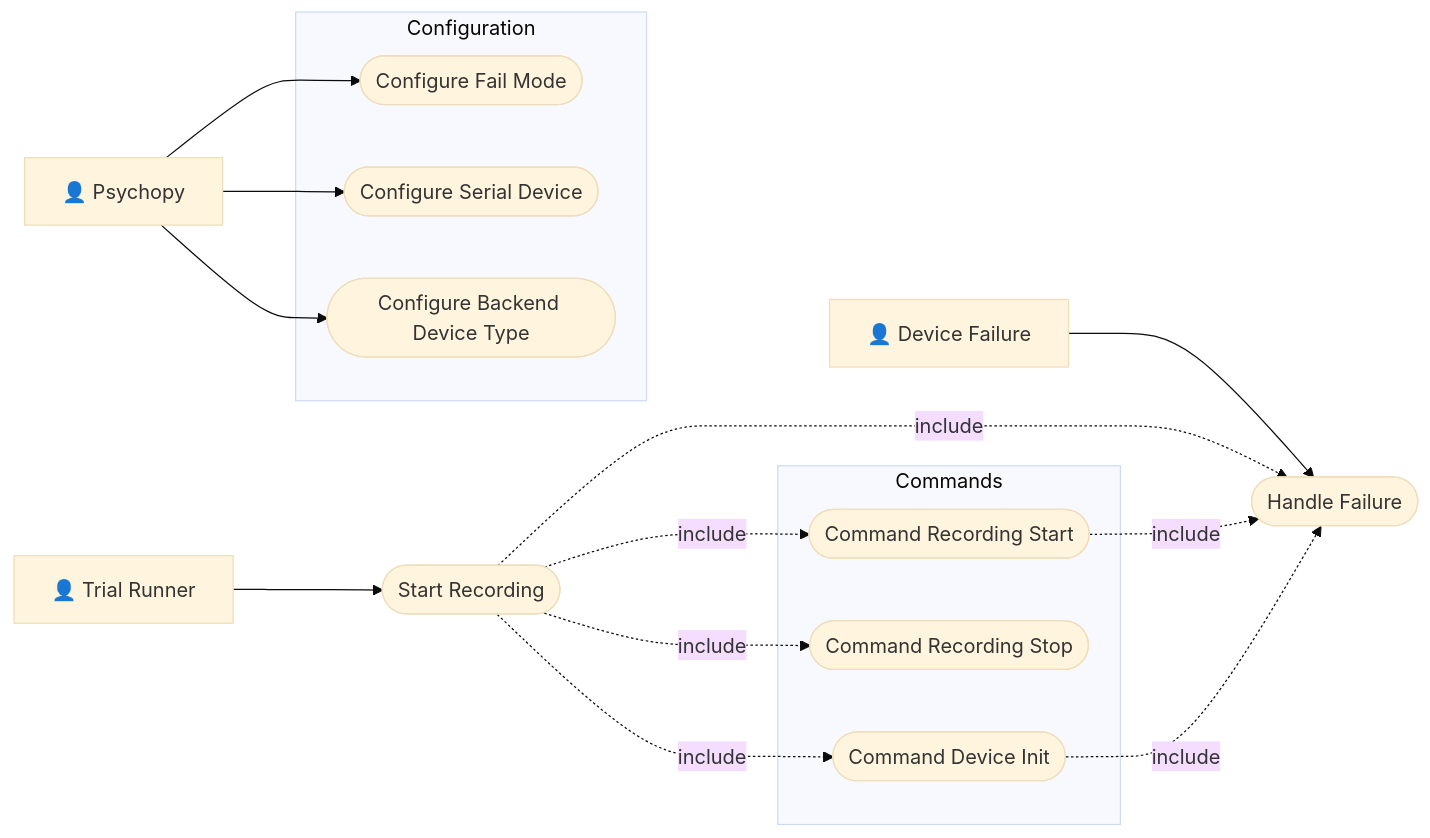
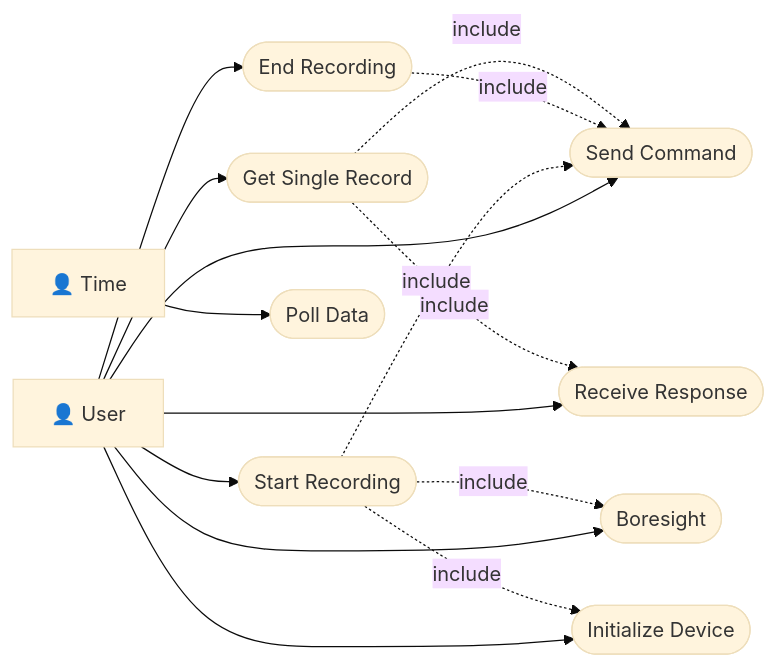
Before and after one commit to Nontrivial-Solutions/fastrak-serial-driver: the first of 3 diagrams in docs/README.md, drawn with Mermaid (base theme). The commit also changed other lines of this file and 30 other files, not shown here.

````diff
--- a/docs/README.md
+++ b/docs/README.md
@@ -129,36 +146,30 @@
 ```mermaid
 flowchart LR
-  aU["👤 Trial Runner"]
-  aP["👤 Psychopy"]
-  aDD["👤 Device Failure"]
+  aU["👤 User"]
+  aT["👤 Time"]
 
+  SC(["Send Command"])
+  SRR(["Receive Response"])
   SR(["Start Recording"])
-  HEF(["Handle Failure"])
+  ER(["End Recording"])
+  B(["Boresight"])
+  GSR(["Get Single Record"])
+  I(["Initialize Device"])
+  PD(["Poll Data"])
 
-  subgraph Commands 
-      CRS(["Command Recording Start"])
-      CRSto(["Command Recording Stop"])
-      CDI(["Command Device Init"])
-  end
+  aU --> SC
+  aU --> SRR 
+  aU --> SR 
+  aU --> ER 
+  aU --> B 
+  aU -->  I 
+  aU --> GSR 
+  aT --> PD 
 
-  subgraph Configuration 
-      CfFM(["Configure Fail Mode"])
-      CfSD(["Configure Serial Device"])
-      CfBDT(["Configure Backend Device Type"])
-  end
-
-  aU --> SR
-  aP --> CfFM
-  aP --> CfSD
-  aP --> CfBDT
-  aDD --> HEF
-
-   SR -. include .-> HEF 
-
-   SR -. include .-> CRS 
-   SR -. include .-> CRSto 
-   SR -. include .-> CDI 
-
-   CRS -. include .-> HEF 
-   CDI -. include .-> HEF 
+  SR -. include .->SC
+  SR -. include .->B
+  SR -. include .->I
+  ER -. include .->SC
+  GSR -. include .->SRR
+  GSR -. include .->SC
 ```
````
